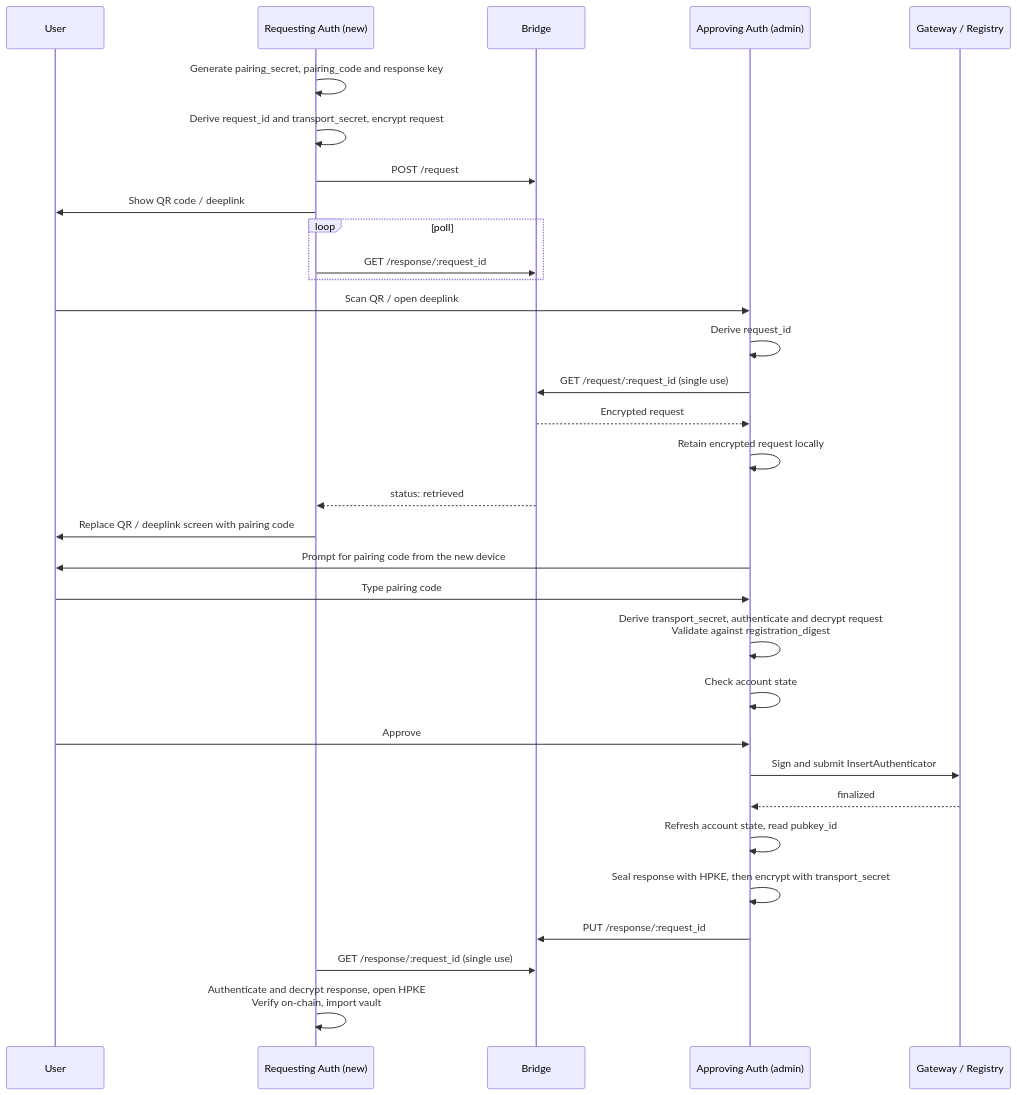
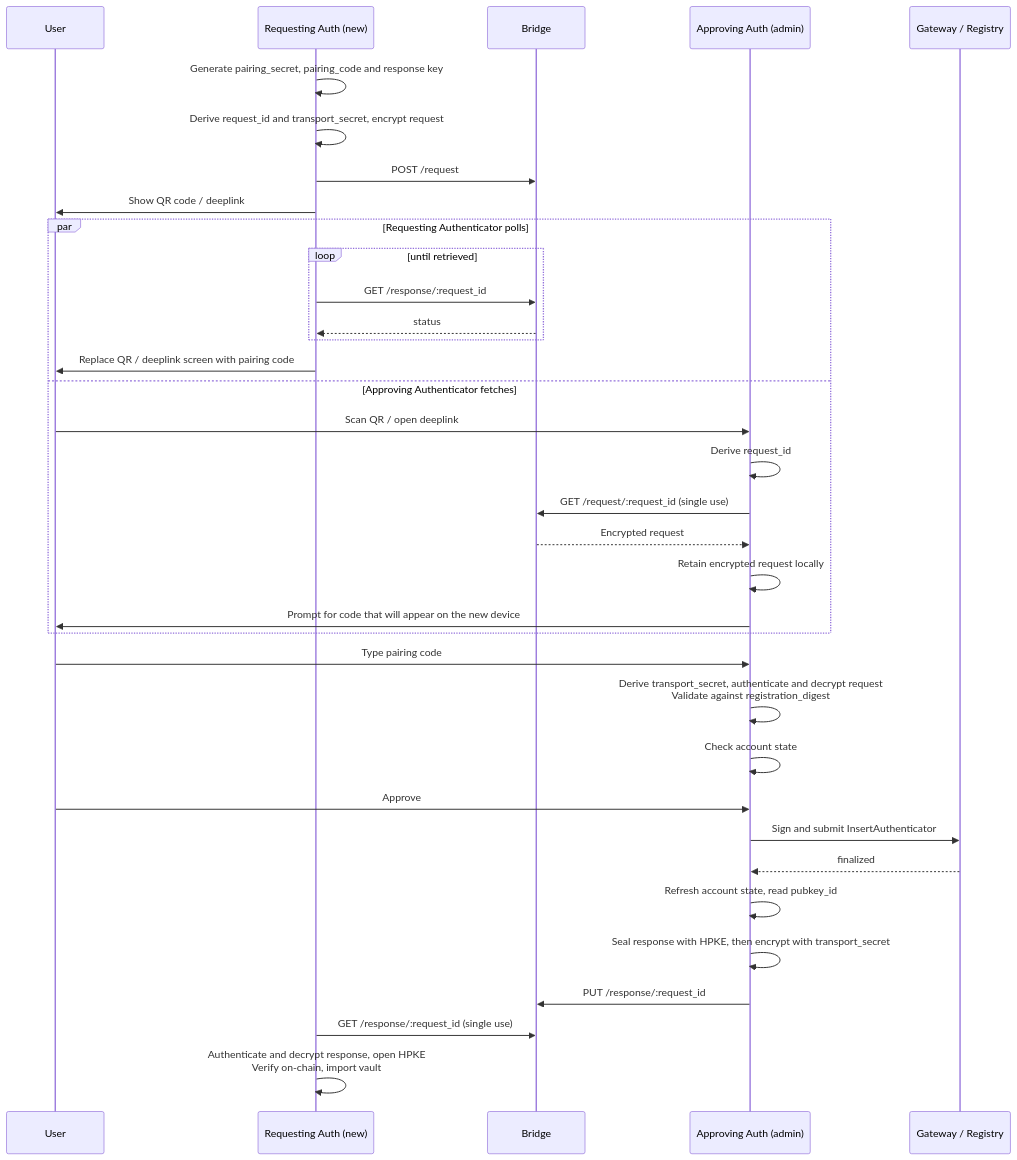
Before and after one commit to worldcoin/world-id-protocol: the diagram in docs/WIPs/wip-109.md, drawn with Mermaid. The commit also changed other lines of this file, not shown here.

````diff
--- a/docs/WIPs/wip-109.md
+++ b/docs/WIPs/wip-109.md
@@ -47,35 +47,38 @@
 ```mermaid
 sequenceDiagram
     participant u as User
     participant r as Requesting Auth (new)
     participant b as Bridge
     participant a as Approving Auth (admin)
     participant g as Gateway / Registry
 
     r->>r: Generate pairing_secret, pairing_code and response key
     r->>r: Derive request_id and transport_secret, encrypt request
     r->>b: POST /request
     r->>u: Show QR code / deeplink
-    loop poll
-        r->>b: GET /response/:request_id
+    par Requesting Authenticator polls
+        loop until retrieved
+            r->>b: GET /response/:request_id
+            b-->>r: status
+        end
+        r->>u: Replace QR / deeplink screen with pairing code
+    and Approving Authenticator fetches
+        u->>a: Scan QR / open deeplink
+        a->>a: Derive request_id
+        a->>b: GET /request/:request_id (single use)
+        b-->>a: Encrypted request
+        a->>a: Retain encrypted request locally
+        a->>u: Prompt for code that will appear on the new device
     end
-    u->>a: Scan QR / open deeplink
-    a->>a: Derive request_id
-    a->>b: GET /request/:request_id (single use)
-    b-->>a: Encrypted request
-    a->>a: Retain encrypted request locally
-    b-->>r: status: retrieved
-    r->>u: Replace QR / deeplink screen with pairing code
-    a->>u: Prompt for pairing code from the new device
     u->>a: Type pairing code
     a->>a: Derive transport_secret, authenticate and decrypt request<br/>Validate against registration_digest
     a->>a: Check account state
     u->>a: Approve
     a->>g: Sign and submit InsertAuthenticator
     g-->>a: finalized
     a->>a: Refresh account state, read pubkey_id
     a->>a: Seal response with HPKE, then encrypt with transport_secret
     a->>b: PUT /response/:request_id
     r->>b: GET /response/:request_id (single use)
     r->>r: Authenticate and decrypt response, open HPKE<br/>Verify on-chain, import vault
 ```
````
